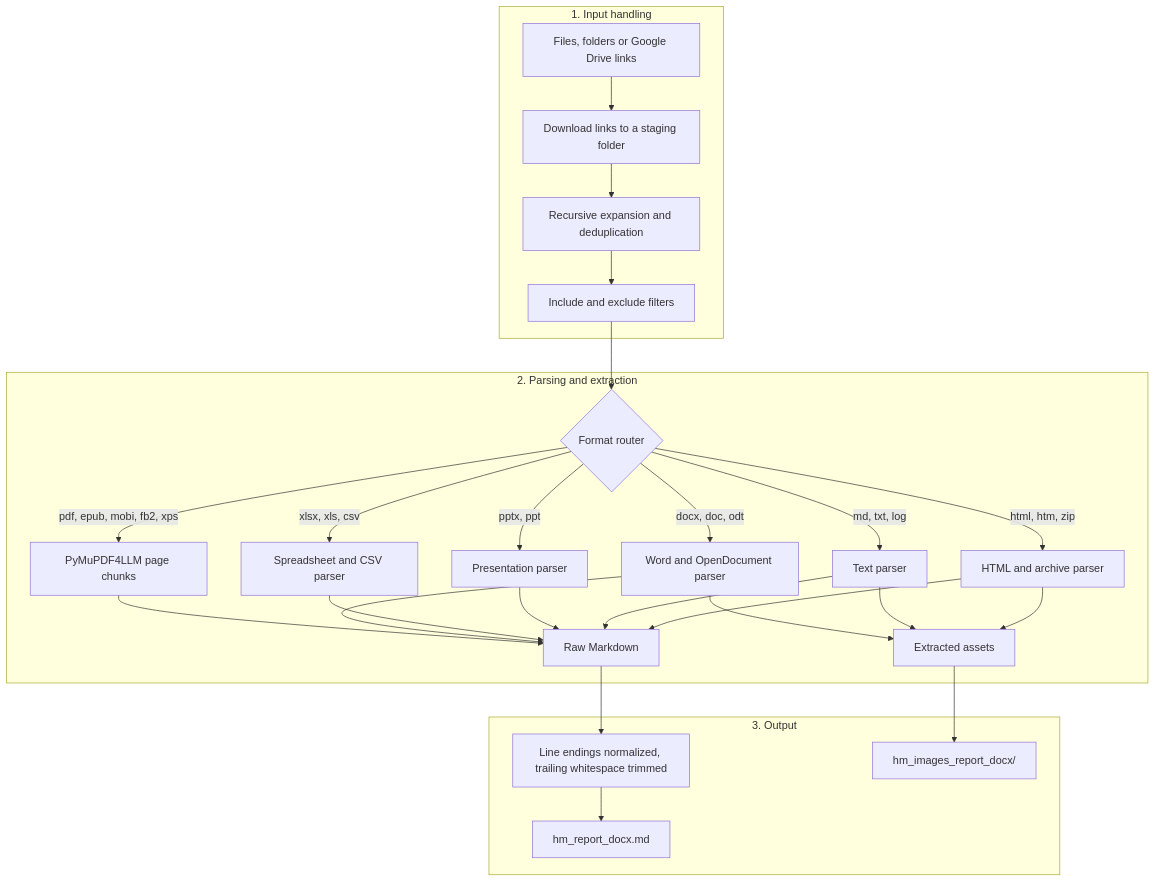
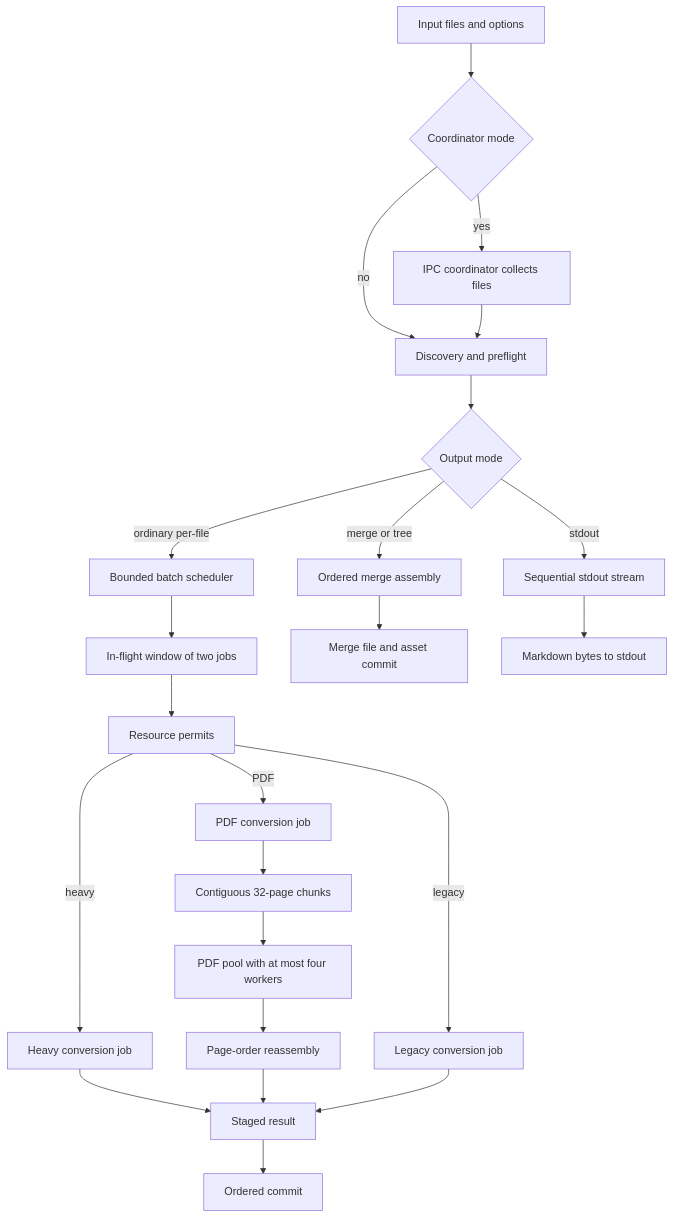
The first of 2 diagrams in docs/ARCHITECTURE.md (sergeypugin/hammerdown), drawn with Mermaid before and after one commit. The commit also changed other lines of this file and 33 other files, not shown here.

Commit message:
feat(scheduler): add bounded batch coordination

````diff
--- a/docs/ARCHITECTURE.md
+++ b/docs/ARCHITECTURE.md
@@ -9,33 +9,25 @@
 ```mermaid
 flowchart TD
-    subgraph S1 [1. Input handling]
-        A[Files, folders or Google Drive links] --> B[Download links to a staging folder]
-        B --> C[Recursive expansion and deduplication]
-        C --> D[Include and exclude filters]
-    end
-
-    subgraph S2 [2. Parsing and extraction]
-        D --> E{Format router}
-        E -->|pdf, epub, mobi, fb2, xps| F[PyMuPDF4LLM page chunks]
-        E -->|docx, doc, odt| G[Word and OpenDocument parser]
-        E -->|xlsx, xls, csv| H[Spreadsheet and CSV parser]
-        E -->|pptx, ppt| I[Presentation parser]
-        E -->|md, txt, log| J[Text parser]
-        E -->|html, htm, zip| K[HTML and archive parser]
-        G --> L[Extracted assets]
-        J --> L
-        K --> L
-        F --> M[Raw Markdown]
-        G --> M
-        H --> M
-        I --> M
-        J --> M
-        K --> M
-    end
-
-    subgraph S3 [3. Output]
-        M --> N[Line endings normalized, trailing whitespace trimmed]
-        N --> O["hm_report_docx.md"]
-        L --> P["hm_images_report_docx/"]
-    end
+    A[Input files and options] --> B{Coordinator mode}
+    B -->|yes| C[IPC coordinator collects files]
+    B -->|no| D[Discovery and preflight]
+    C --> D
+    D --> E{Output mode}
+    E -->|ordinary per-file| F[Bounded batch scheduler]
+    E -->|merge or tree| G[Ordered merge assembly]
+    E -->|stdout| H[Sequential stdout stream]
+    F --> I[In-flight window of two jobs]
+    I --> J[Resource permits]
+    J -->|heavy| K[Heavy conversion job]
+    J -->|PDF| L[PDF conversion job]
+    J -->|legacy| M[Legacy conversion job]
+    K --> N[Staged result]
+    L --> O[Contiguous 32-page chunks]
+    O --> P[PDF pool with at most four workers]
+    P --> Q[Page-order reassembly]
+    Q --> N
+    M --> N
+    N --> R[Ordered commit]
+    G --> S[Merge file and asset commit]
+    H --> T[Markdown bytes to stdout]
 ```
````
